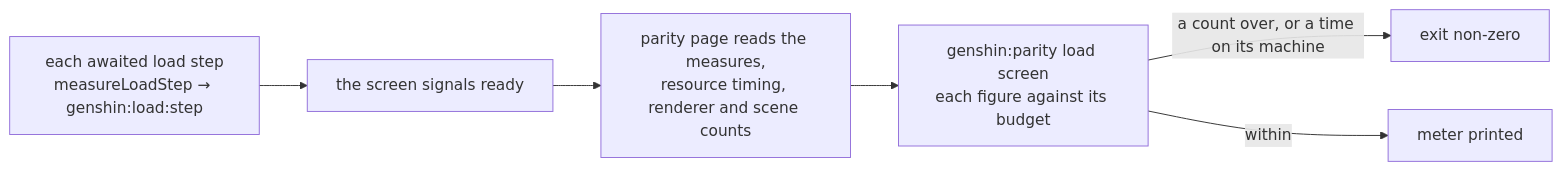
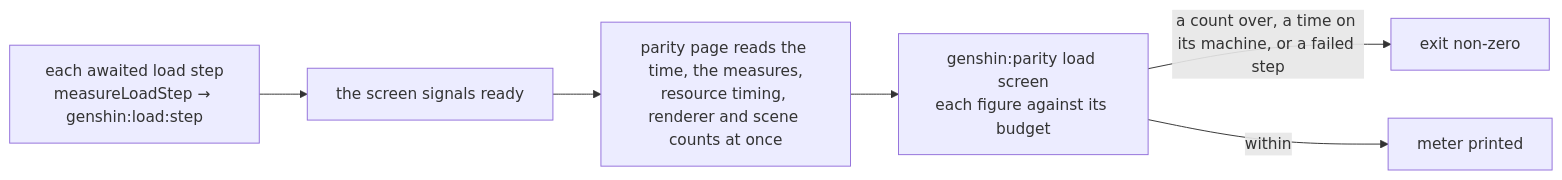
Before and after one commit to Esposter/Esposter: the diagram in apps/web/content/docs/genshin/load-budget.md, drawn with Mermaid. The commit also changed other lines of this file and 5 other files, not shown here.

First line of the commit message:
fix(genshin-world): the load reading is taken by the parity page at ready, and a failed load step fails the load command

````diff
--- a/apps/web/content/docs/genshin/load-budget.md
+++ b/apps/web/content/docs/genshin/load-budget.md
@@ -44,8 +44,8 @@
 ```mermaid
 flowchart LR
   STEP["each awaited load step<br/>measureLoadStep → genshin:load:step"] --> READY["the screen signals ready"]
-  READY --> READ["parity page reads the measures,<br/>resource timing, renderer and scene counts"]
+  READY --> READ["parity page reads the time, the measures,<br/>resource timing, renderer and scene counts at once"]
   READ --> METER["genshin:parity load screen<br/>each figure against its budget"]
-  METER -->|a count over, or a time on its machine| FAIL["exit non-zero"]
+  METER -->|a count over, a time on its machine, or a failed step| FAIL["exit non-zero"]
   METER -->|within| PASS["meter printed"]
 ```
````
